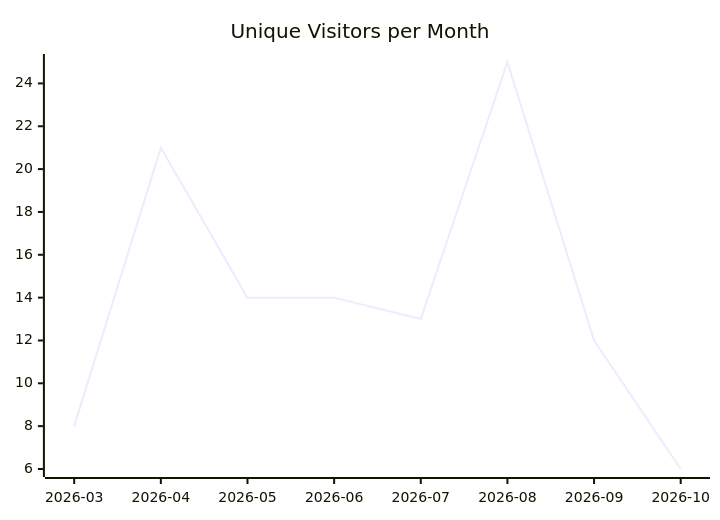
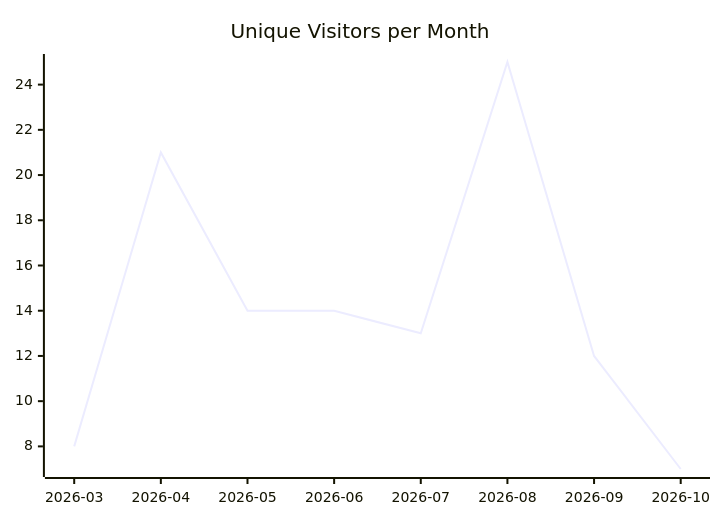
Before and after one commit to justdavis-family/github-analytics-data: the first of 3 diagrams in karlmdavis/ksoap2-android/README.md, drawn with Mermaid. The commit also changed other lines of this file and 203 other files, not shown here.

````diff
--- a/karlmdavis/ksoap2-android/README.md
+++ b/karlmdavis/ksoap2-android/README.md
@@ -5,6 +5,6 @@
 ```mermaid
 xychart-beta
   title "Unique Visitors per Month"
   x-axis ["2026-03", "2026-04", "2026-05", "2026-06", "2026-07", "2026-08", "2026-09", "2026-10"]
-  line [8, 21, 14, 14, 13, 25, 12, 6]
+  line [8, 21, 14, 14, 13, 25, 12, 7]
 ```
````
